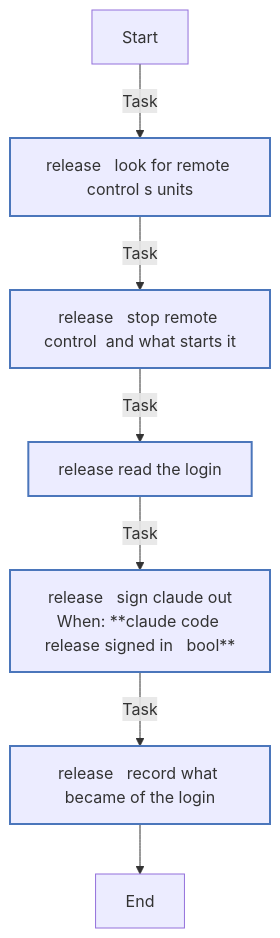
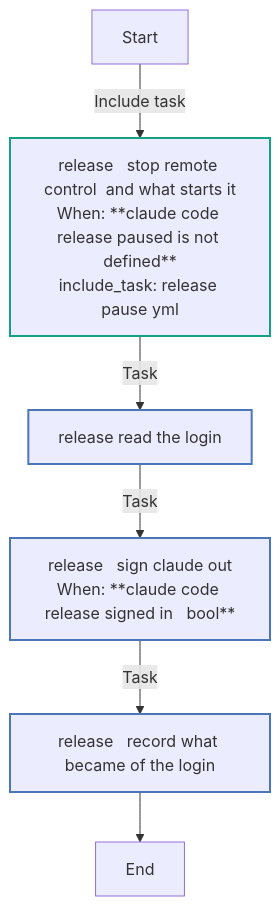
One commit to kawadeomkar/claude-on-proxmox changed the eighth of 12 diagrams in docs/reference/roles/claude_code.md. Above: the diagram before and after it, drawn with Mermaid. The commit also changed other lines of this file and 18 other files, not shown here.

````diff
--- a/docs/reference/roles/claude_code.md
+++ b/docs/reference/roles/claude_code.md
@@ -461,19 +460,18 @@
 ```mermaid
 flowchart TD
 Start
 classDef block stroke:#3498db,stroke-width:2px;
 classDef task stroke:#4b76bb,stroke-width:2px;
 classDef includeTasks stroke:#16a085,stroke-width:2px;
 classDef importTasks stroke:#34495e,stroke-width:2px;
 classDef includeRole stroke:#2980b9,stroke-width:2px;
 classDef importRole stroke:#699ba7,stroke-width:2px;
 classDef includeVars stroke:#8e44ad,stroke-width:2px;
 classDef rescue stroke:#665352,stroke-width:2px;
 
-  Start-->|Task| release___Look_for_Remote_Control_s_units0[release   look for remote control s units]:::task
-  release___Look_for_Remote_Control_s_units0-->|Task| release___Stop_Remote_Control__and_what_starts_it1[release   stop remote control  and what starts it]:::task
-  release___Stop_Remote_Control__and_what_starts_it1-->|Task| release___Read_the_login2[release   read the login]:::task
-  release___Read_the_login2-->|Task| release___Sign_claude_out3[release   sign claude out<br>When: **claude code release signed in   bool**]:::task
-  release___Sign_claude_out3-->|Task| release___Record_what_became_of_the_login4[release   record what became of the login]:::task
-  release___Record_what_became_of_the_login4-->End
+  Start-->|Include task| release___Stop_Remote_Control__and_what_starts_it_release_pause_yml_0[release   stop remote control  and what starts it<br>When: **claude code release paused is not defined**<br>include_task: release pause yml]:::includeTasks
+  release___Stop_Remote_Control__and_what_starts_it_release_pause_yml_0-->|Task| release___Read_the_login1[release   read the login]:::task
+  release___Read_the_login1-->|Task| release___Sign_claude_out2[release   sign claude out<br>When: **claude code release signed in   bool**]:::task
+  release___Sign_claude_out2-->|Task| release___Record_what_became_of_the_login3[release   record what became of the login]:::task
+  release___Record_what_became_of_the_login3-->End
 ```
````
